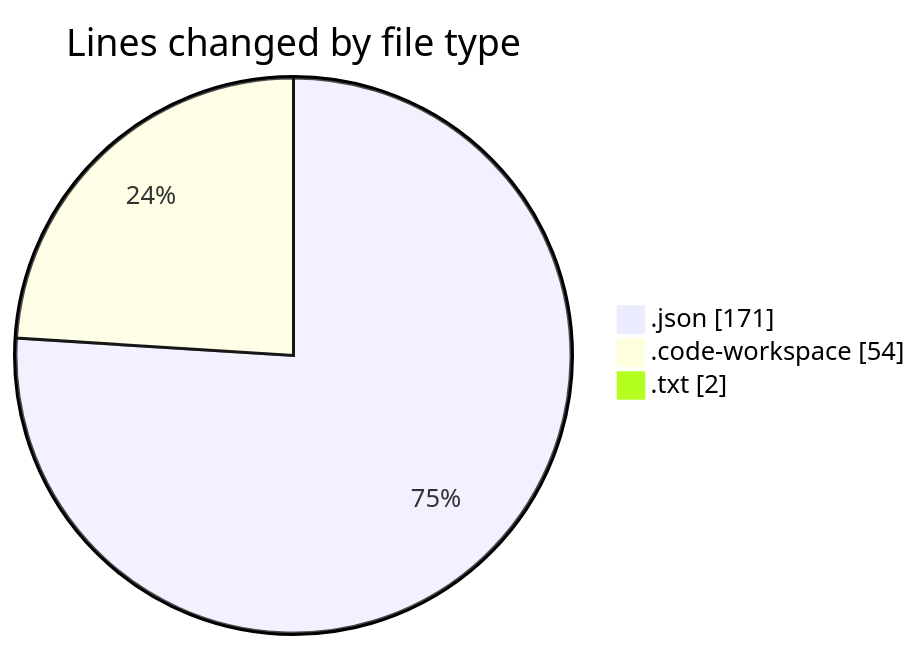
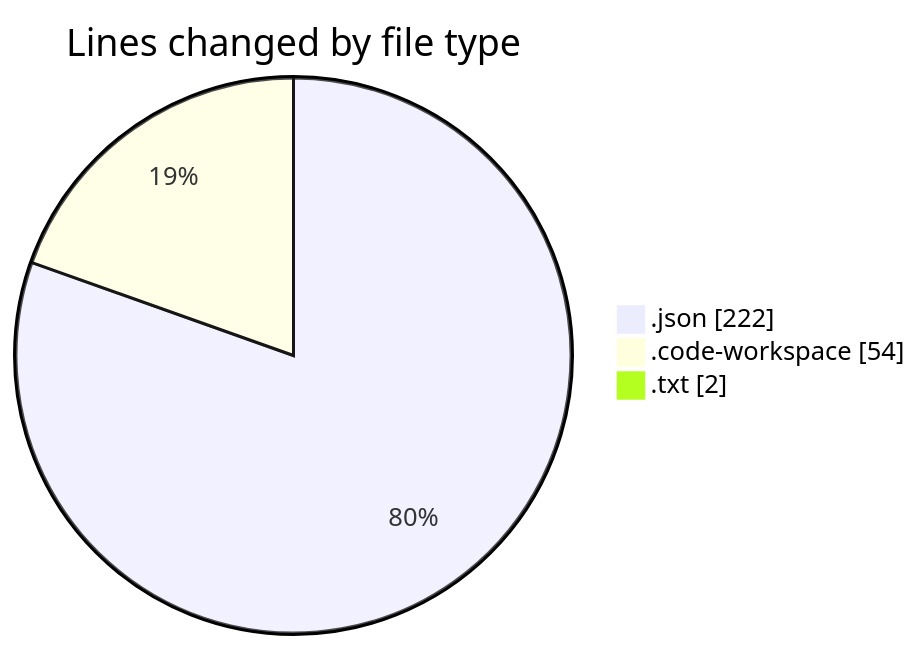
One commit to jadenblack/code-tracking changed the first of 2 diagrams in 2026-02-24/workbench__workspace_/README.md. Above: the diagram before and after it, drawn with Mermaid. The commit also changed other lines of this file and 1 other file, not shown here.

````diff
--- a/2026-02-24/workbench__workspace_/README.md
+++ b/2026-02-24/workbench__workspace_/README.md
@@ -22,7 +22,7 @@
 ```mermaid
 pie showData
 title Lines changed by file type
-".json" : 171
+".json" : 222
 ".code-workspace" : 54
 ".txt" : 2
 ```
````
